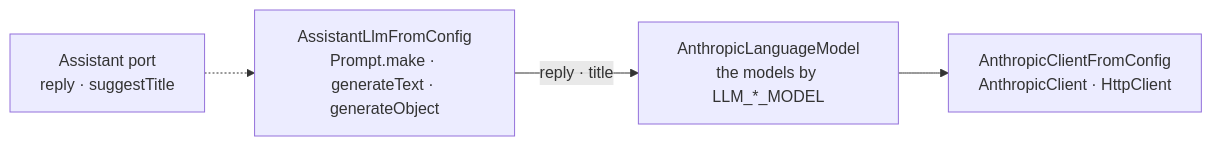
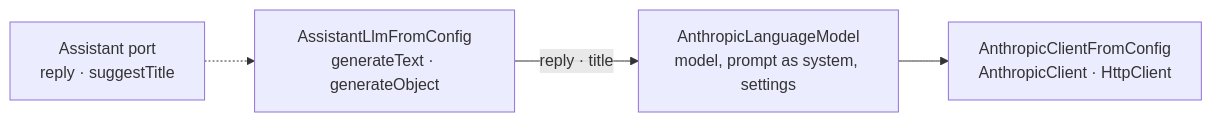
Before and after one commit to khotei/app-template: the diagram in docs/knowledge/ai.md, drawn with Mermaid. The commit also changed other lines of this file and 2 other files, not shown here.

````diff
--- a/docs/knowledge/ai.md
+++ b/docs/knowledge/ai.md
@@ -19,6 +19,6 @@
 ```mermaid
 graph LR
-  P["Assistant port<br/>reply · suggestTitle"] -.-> L["AssistantLlmFromConfig<br/>Prompt.make · generateText · generateObject"]
-  L -->|"reply · title"| A["AnthropicLanguageModel<br/>the models by LLM_*_MODEL"]
+  P["Assistant port<br/>reply · suggestTitle"] -.-> L["AssistantLlmFromConfig<br/>generateText · generateObject"]
+  L -->|"reply · title"| A["AnthropicLanguageModel<br/>model, prompt as system, settings"]
   A --> K["AnthropicClientFromConfig<br/>AnthropicClient · HttpClient"]
 ```
````
